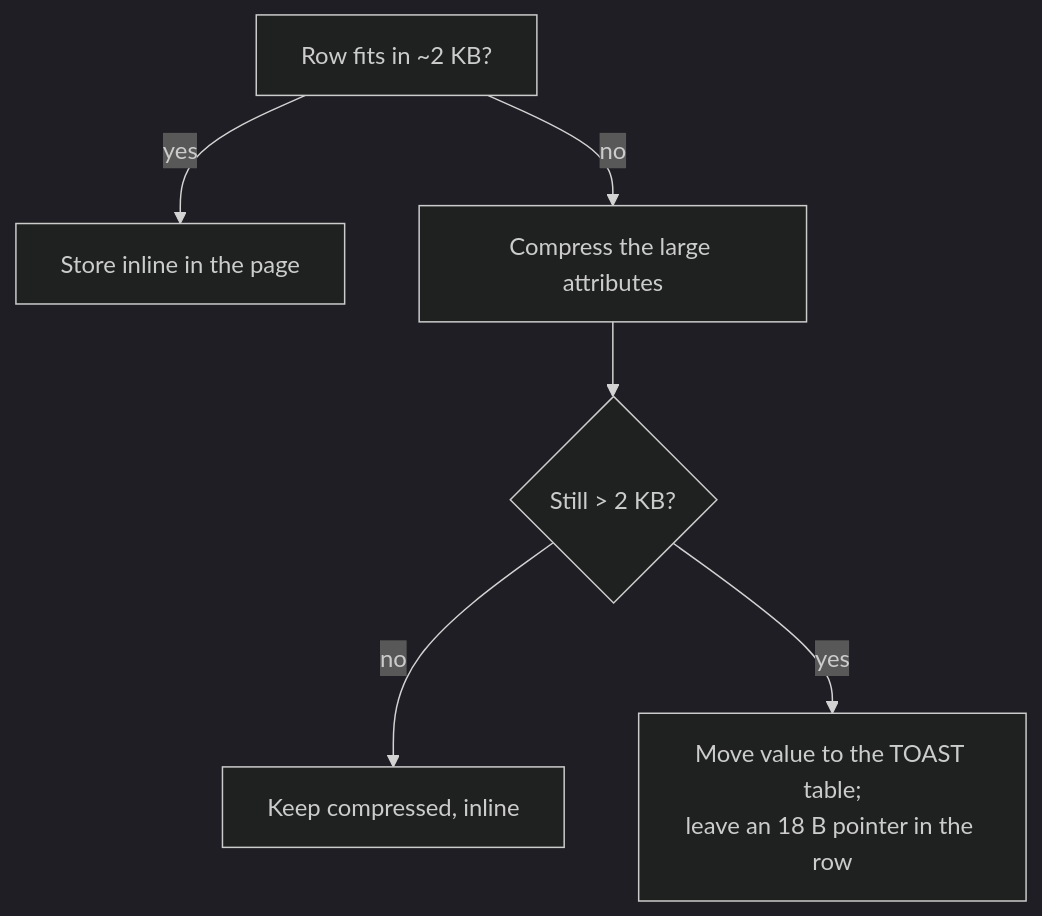
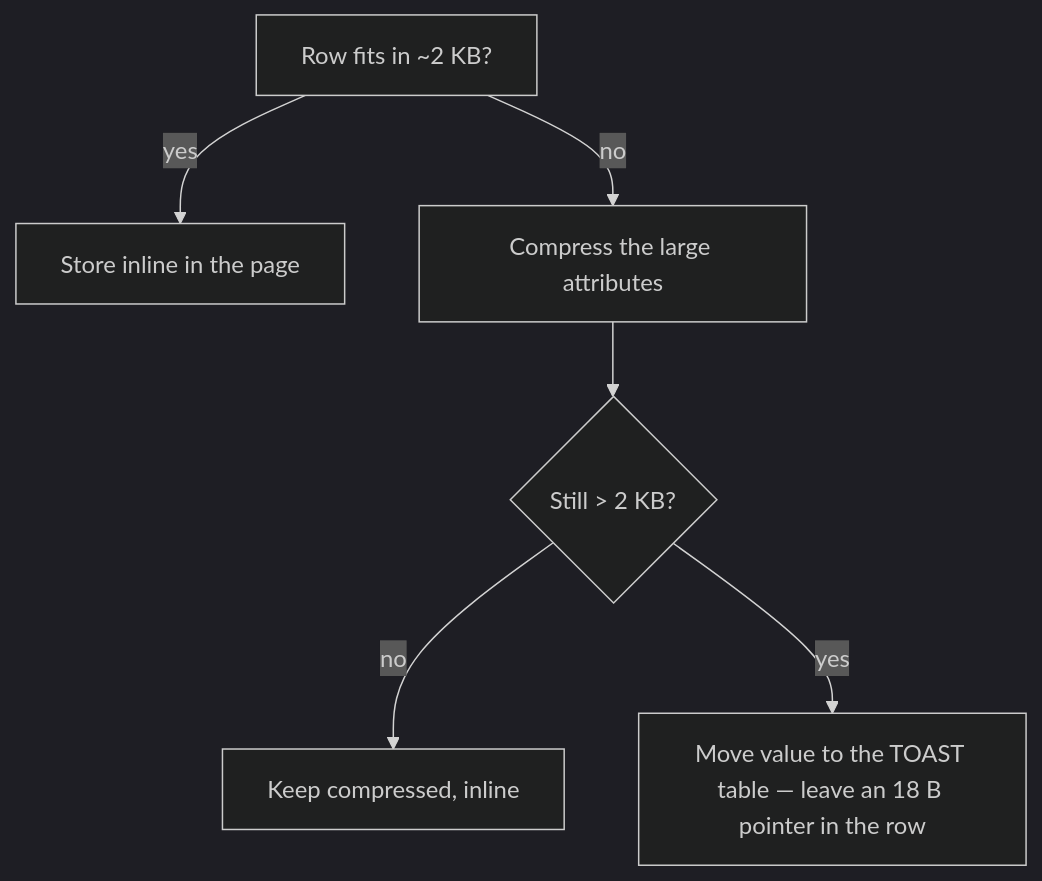
One commit to mohammad-mriesh-job/cortex changed the third of 3 diagrams in src/modules/database/content/08-internals/01-storage-and-pages.md. Above: the diagram before and after it, drawn with Mermaid (dark theme). The commit also changed other lines of this file and 257 other files, not shown here.

````diff
--- a/src/modules/database/content/08-internals/01-storage-and-pages.md
+++ b/src/modules/database/content/08-internals/01-storage-and-pages.md
@@ -122,8 +122,8 @@
 ```mermaid
 flowchart TD
   A["Row fits in ~2 KB?"] -->|yes| INLINE["Store inline in the page"]
   A -->|no| C["Compress the large attributes"]
   C --> D{"Still > 2 KB?"}
   D -->|no| INLINE2["Keep compressed, inline"]
-  D -->|yes| OOL["Move value to the TOAST table;<br/>leave an 18 B pointer in the row"]
+  D -->|yes| OOL["Move value to the TOAST table — leave an 18 B pointer in the row"]
 ```
````
